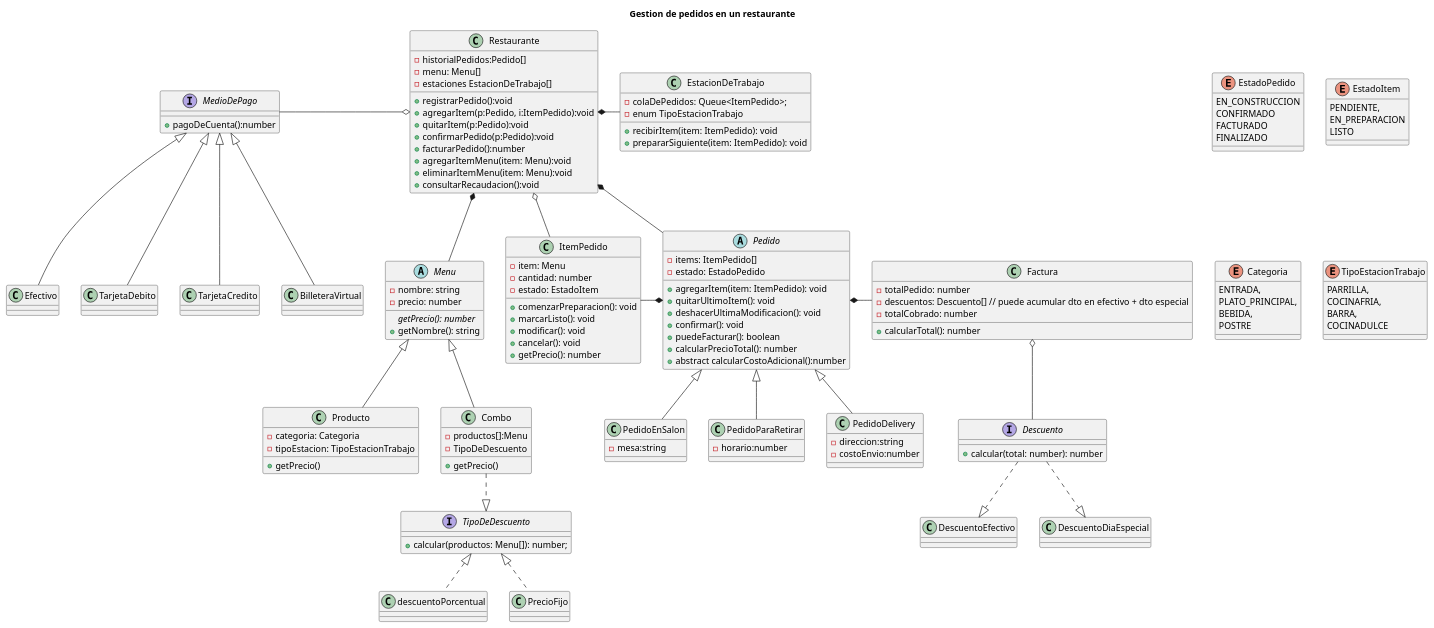
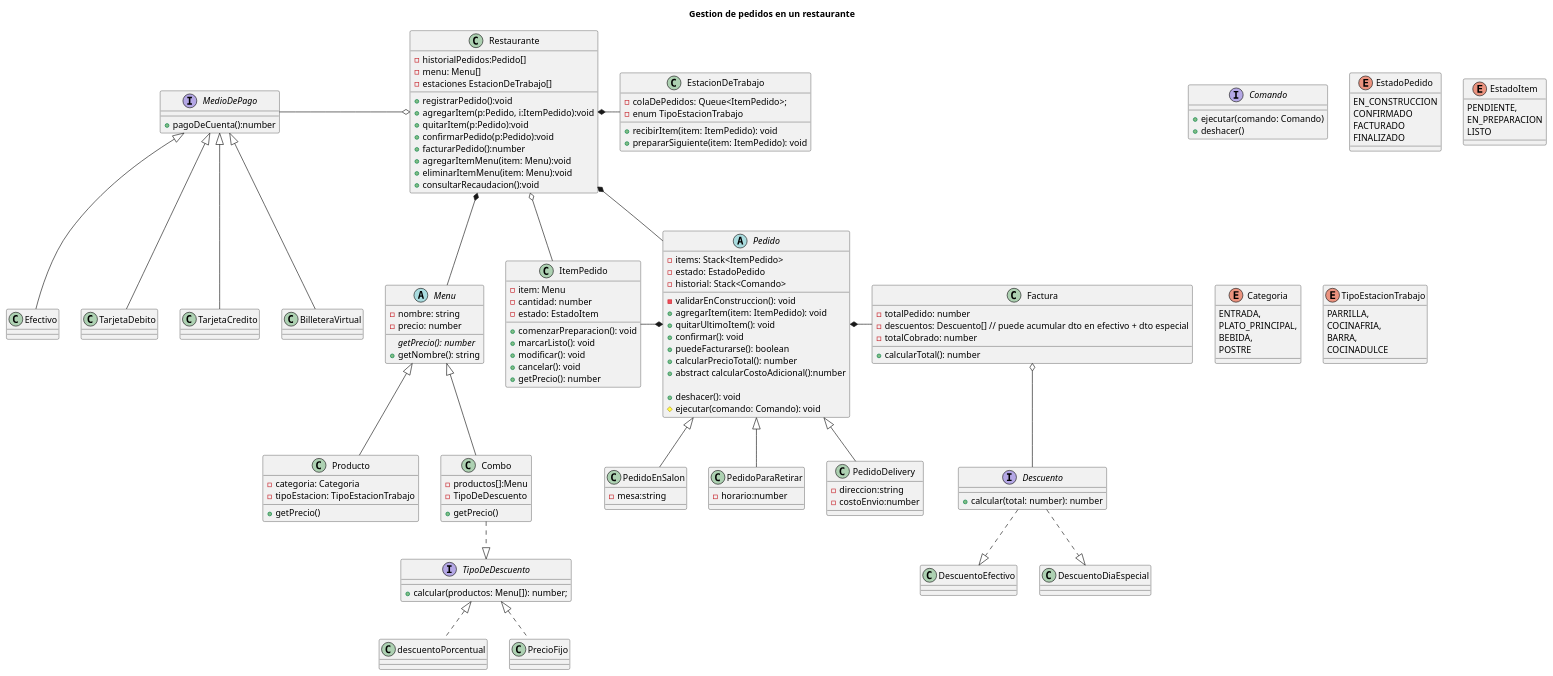
Before and after one commit to diegolacosta02/TP-Programacion-II_Grupo-02: the diagram in diagramas/clases.puml, drawn with PlantUML. The commit also changed 24 other files, not shown here.

Commit message:
Correciones de logica y desarrollo de diversos metodos faltantes del diagrama

```diff
--- a/diagramas/clases.puml
+++ b/diagramas/clases.puml
@@ -1,173 +1,181 @@
 @startuml Trabajo Practico Programacion 2 Grupo 02 
 
 title Gestion de pedidos en un restaurante 
 
 class Restaurante {
     - historialPedidos:Pedido[]
     - menu: Menu[]
     - estaciones EstacionDeTrabajo[]
 
     + registrarPedido():void
     + agregarItem(p:Pedido, i:ItemPedido):void
     + quitarItem(p:Pedido):void
     + confirmarPedido(p:Pedido):void
     + facturarPedido():number
     + agregarItemMenu(item: Menu):void
     + eliminarItemMenu(item: Menu):void
     + consultarRecaudacion():void
 }
 '--------------------------------------------------------
+interface Comando {
+    + ejecutar(comando: Comando)
+    + deshacer()
+}
 abstract class Pedido {
-    - items: ItemPedido[]
+    - items: Stack<ItemPedido>
     - estado: EstadoPedido
+    - historial: Stack<Comando>
     
+    - validarEnConstruccion(): void
     + agregarItem(item: ItemPedido): void
     + quitarUltimoItem(): void
-    + deshacerUltimaModificacion(): void
     + confirmar(): void
-    + puedeFacturar(): boolean
+    + puedeFacturarse(): boolean
     + calcularPrecioTotal(): number
     + abstract calcularCostoAdicional():number
+
+    + deshacer(): void
+    # ejecutar(comando: Comando): void
 }
 
 enum EstadoPedido{
     EN_CONSTRUCCION
     CONFIRMADO
     FACTURADO
     FINALIZADO
 }
 
 class PedidoEnSalon {
     - mesa:string
     
 
 }
 
 class PedidoParaRetirar {
     - horario:number
 
 }
 
 class PedidoDelivery {
     - direccion:string
     - costoEnvio:number
 
 }
 
 class ItemPedido {
     - item: Menu
     - cantidad: number
     - estado: EstadoItem
 
     + comenzarPreparacion(): void
     + marcarListo(): void
     + modificar(): void
     + cancelar(): void
     + getPrecio(): number
 }
 
 enum EstadoItem {
     PENDIENTE,
     EN_PREPARACION
     LISTO
 }
 '----------------------------------------------------------
 abstract class Menu {
     - nombre: string
     - precio: number
 
     {abstract} getPrecio(): number
     + getNombre(): string
 }
 
 class Producto {
     - categoria: Categoria
     - tipoEstacion: TipoEstacionTrabajo
 
     + getPrecio()
 }
 
 class Combo {
     - productos[]:Menu
     - TipoDeDescuento
 
     + getPrecio()
 }
 
 enum Categoria {
     ENTRADA,
     PLATO_PRINCIPAL,
     BEBIDA,
     POSTRE
 }
 
 interface TipoDeDescuento {
     + calcular(productos: Menu[]): number;
 }
 class descuentoPorcentual implements TipoDeDescuento{}
 class PrecioFijo implements TipoDeDescuento{}
 '----------------------------------------------------------
 class EstacionDeTrabajo{
     - colaDePedidos: Queue<ItemPedido>;
     - enum TipoEstacionTrabajo
 
     + recibirItem(item: ItemPedido): void
     + prepararSiguiente(item: ItemPedido): void
 }
 enum TipoEstacionTrabajo{
     PARRILLA,
     COCINAFRIA,
     BARRA,
     COCINADULCE
 }
 '----------------------------------------------------------
 class Factura {
     - totalPedido: number
     - descuentos: Descuento[] // puede acumular dto en efectivo + dto especial
     - totalCobrado: number
 
     + calcularTotal(): number
 }
 
 interface MedioDePago {
     + pagoDeCuenta():number
 }
 class Efectivo{}
 class TarjetaDebito{}
 class TarjetaCredito{}
 class BilleteraVirtual{}
 
 interface Descuento {
     + calcular(total: number): number
 }
 class DescuentoEfectivo
 class DescuentoDiaEspecial
 'Relaciones'
 
 PedidoEnSalon -u-|> Pedido
 PedidoDelivery -u-|> Pedido
 PedidoParaRetirar -u-|> Pedido
 ItemPedido -r-* Pedido
 Factura -l-* Pedido
 Factura o-- Descuento
 
 Combo ..|> TipoDeDescuento
 Combo -u-|> Menu
 Producto -u-|> Menu
 
 Efectivo -u-|> MedioDePago
 TarjetaCredito -u-|> MedioDePago
 TarjetaDebito -u-|> MedioDePago
 BilleteraVirtual -u-|> MedioDePago
 
 Descuento ..|> DescuentoEfectivo
 Descuento ..|> DescuentoDiaEspecial
 
 
 Restaurante *-- Menu
 Restaurante *-r- EstacionDeTrabajo
 Restaurante *-- Pedido
 Restaurante o-l- MedioDePago
 Restaurante o-- ItemPedido
 
 @enduml
```
